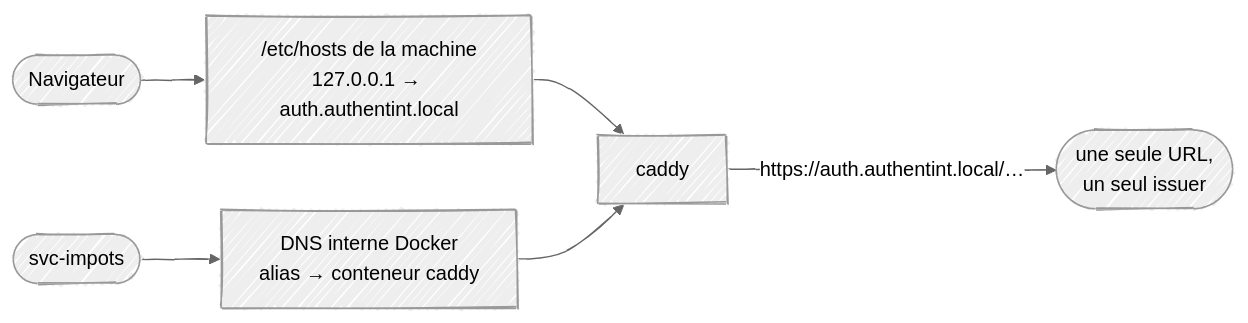
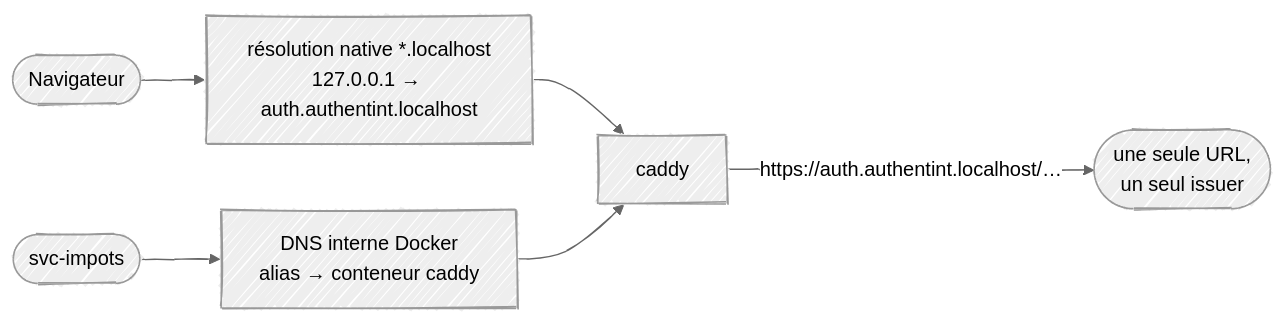
The second of 12 diagrams in docs/architecture.md (Miniquoinquoin/Authent-INT), drawn with Mermaid before and after one commit. The commit also changed other lines of this file and 8 other files, not shown here.

First line of the commit message:
chore(dev): switch dev hostnames to *.authentint.localhost

````diff
--- a/docs/architecture.md
+++ b/docs/architecture.md
@@ -77,16 +77,16 @@
 ```mermaid
 ---
 config:
   look: handDrawn
   theme: neutral
 ---
 flowchart LR
-    host["/etc/hosts de la machine<br/>127.0.0.1 → auth.authentint.local"]
+    host["résolution native *.localhost<br/>127.0.0.1 → auth.authentint.localhost"]
     dns["DNS interne Docker<br/>alias → conteneur caddy"]
     caddy["caddy"]
 
     b([Navigateur]) --> host --> caddy
     s([svc-impots]) --> dns --> caddy
 
-    caddy -->|"https://auth.authentint.local/…"| ok(["une seule URL,<br/>un seul issuer"])
+    caddy -->|"https://auth.authentint.localhost/…"| ok(["une seule URL,<br/>un seul issuer"])
 ```
````
